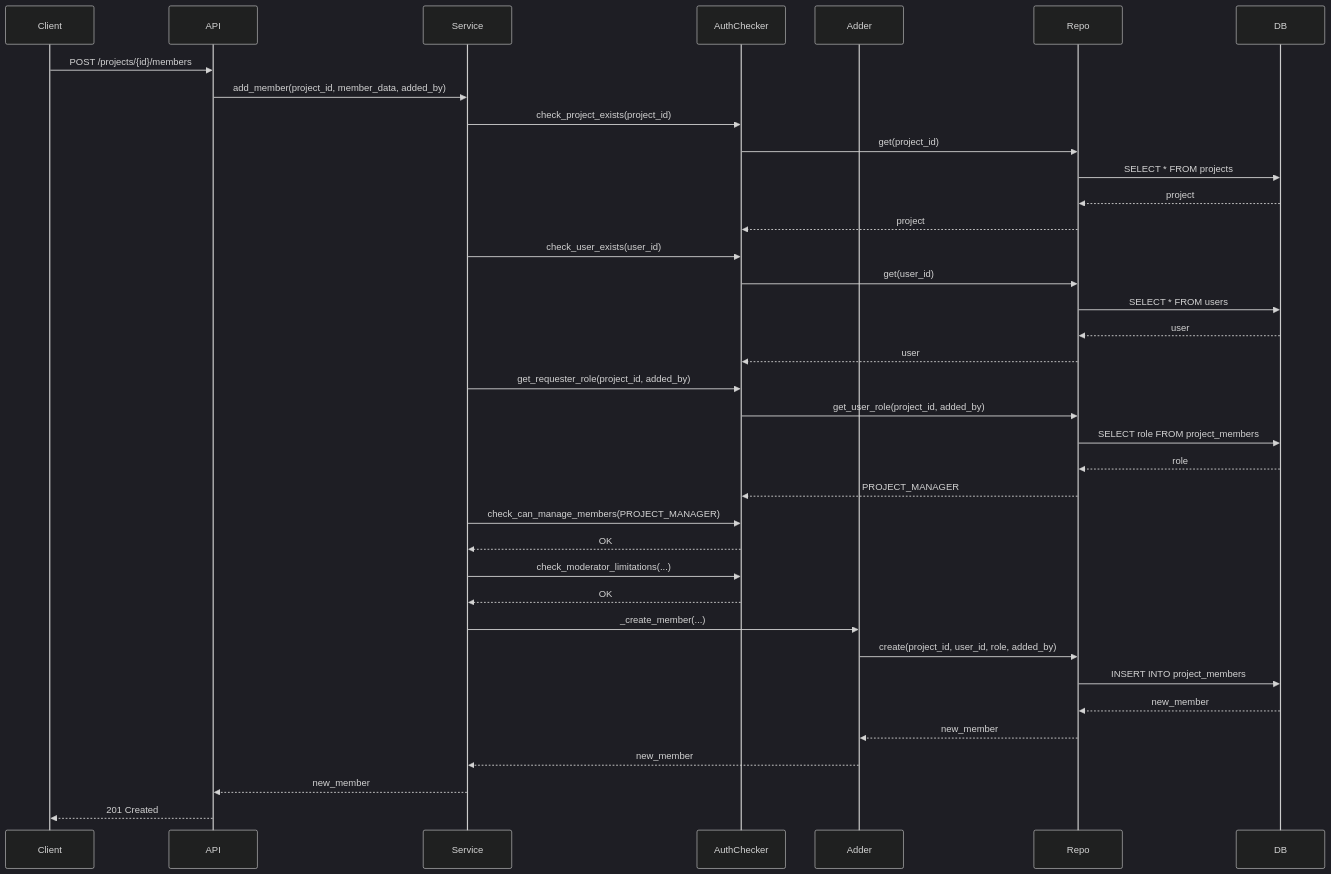
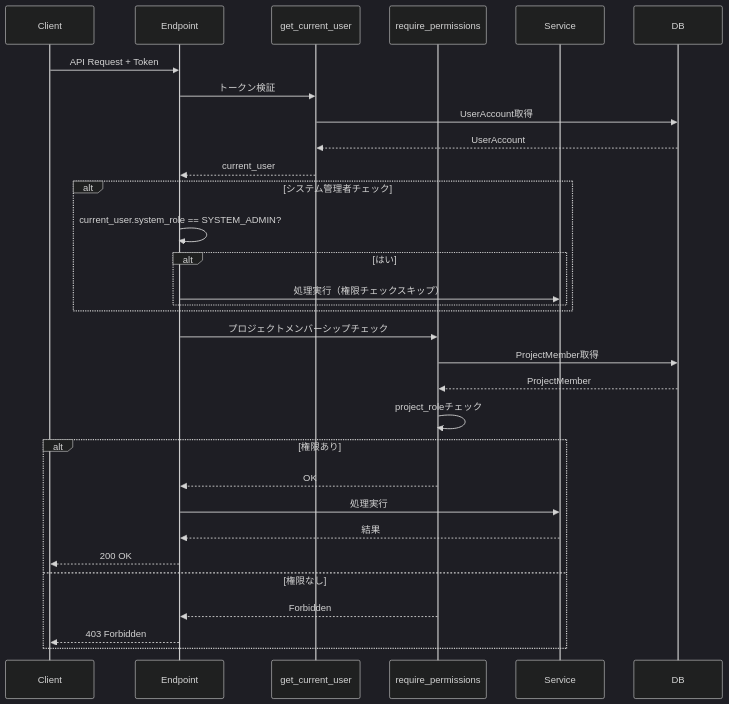
Before and after one commit to nomura-koshiro/genai-app-docs: the ninth of 11 diagrams in docs/specifications/03-security/01-rbac-design.md, drawn with Mermaid (dark theme). The commit also changed other lines of this file and 35 other files, not shown here.

````diff
--- a/docs/specifications/03-security/01-rbac-design.md
+++ b/docs/specifications/03-security/01-rbac-design.md
@@ -645,45 +429,37 @@
 ```mermaid
 sequenceDiagram
     participant Client
-    participant API
+    participant Endpoint
+    participant DependsAuth as get_current_user
+    participant DependsPerm as require_permissions
     participant Service
-    participant AuthChecker
-    participant Adder
-    participant Repo
     participant DB
 
-    Client->>API: POST /projects/{id}/members
-    API->>Service: add_member(project_id, member_data, added_by)
-    Service->>AuthChecker: check_project_exists(project_id)
-    AuthChecker->>Repo: get(project_id)
-    Repo->>DB: SELECT * FROM projects
-    DB-->>Repo: project
-    Repo-->>AuthChecker: project
+    Client->>Endpoint: API Request + Token
+    Endpoint->>DependsAuth: トークン検証
+    DependsAuth->>DB: UserAccount取得
+    DB-->>DependsAuth: UserAccount
+    DependsAuth-->>Endpoint: current_user
 
-    Service->>AuthChecker: check_user_exists(user_id)
-    AuthChecker->>Repo: get(user_id)
-    Repo->>DB: SELECT * FROM users
-    DB-->>Repo: user
-    Repo-->>AuthChecker: user
+    alt システム管理者チェック
+        Endpoint->>Endpoint: current_user.system_role == SYSTEM_ADMIN?
+        alt はい
+            Endpoint->>Service: 処理実行（権限チェックスキップ）
+        end
+    end
 
-    Service->>AuthChecker: get_requester_role(project_id, added_by)
-    AuthChecker->>Repo: get_user_role(project_id, added_by)
-    Repo->>DB: SELECT role FROM project_members
-    DB-->>Repo: role
-    Repo-->>AuthChecker: PROJECT_MANAGER
+    Endpoint->>DependsPerm: プロジェクトメンバーシップチェック
+    DependsPerm->>DB: ProjectMember取得
+    DB-->>DependsPerm: ProjectMember
+    DependsPerm->>DependsPerm: project_roleチェック
 
-    Service->>AuthChecker: check_can_manage_members(PROJECT_MANAGER)
-    AuthChecker-->>Service: OK
-
-    Service->>AuthChecker: check_moderator_limitations(...)
-    AuthChecker-->>Service: OK
-
-    Service->>Adder: _create_member(...)
-    Adder->>Repo: create(project_id, user_id, role, added_by)
-    Repo->>DB: INSERT INTO project_members
-    DB-->>Repo: new_member
-    Repo-->>Adder: new_member
-    Adder-->>Service: new_member
-    Service-->>API: new_member
-    API-->>Client: 201 Created
+    alt 権限あり
+        DependsPerm-->>Endpoint: OK
+        Endpoint->>Service: 処理実行
+        Service-->>Endpoint: 結果
+        Endpoint-->>Client: 200 OK
+    else 権限なし
+        DependsPerm-->>Endpoint: Forbidden
+        Endpoint-->>Client: 403 Forbidden
+    end
 ```
````
